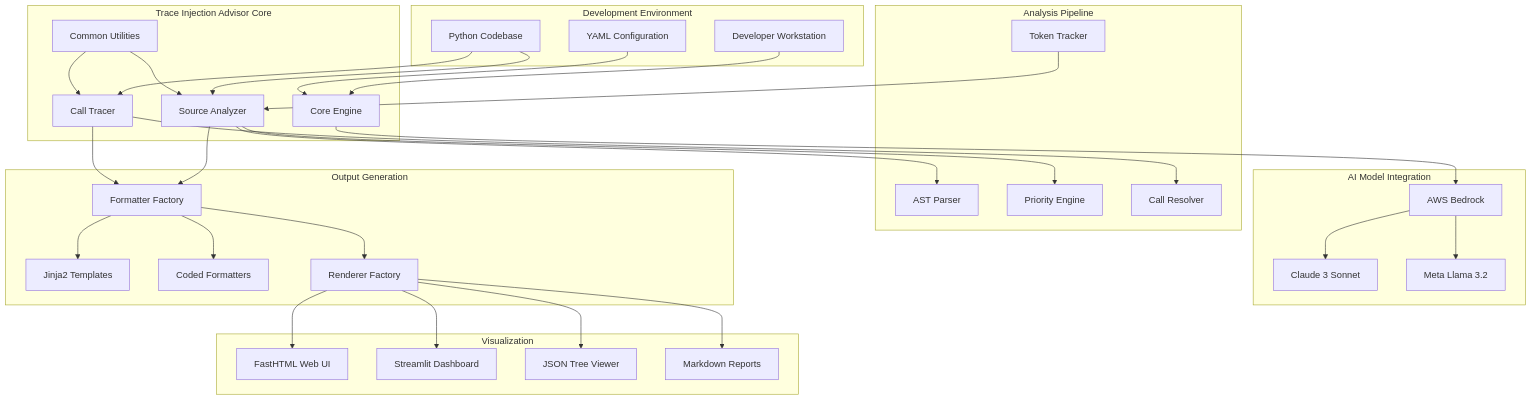
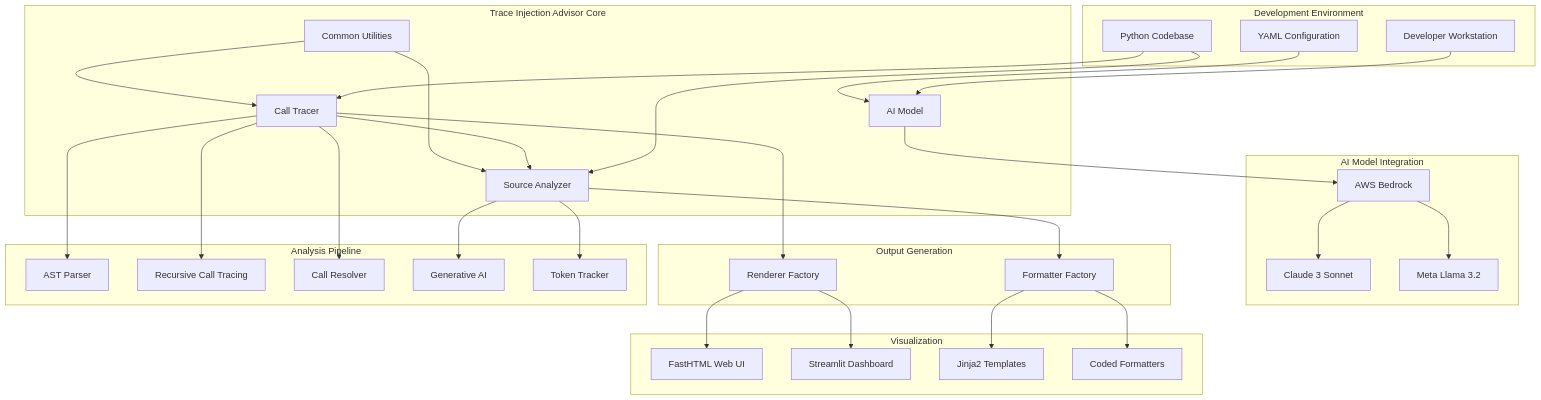
One commit to VerticalRelevance/distributed-tracing changed the first of 2 diagrams in distributed-tracing-blog-post.md. Above: the diagram before and after it, drawn with Mermaid. The commit also changed other lines of this file and 1 other file, not shown here.

Commit message:
Start to revise the mermaid diagrams in the blog post

````diff
--- a/distributed-tracing-blog-post.md
+++ b/distributed-tracing-blog-post.md
@@ -147,70 +127,67 @@
 ```mermaid
-graph TB
+flowchart TB
     subgraph "Development Environment"
         DEV[Developer Workstation]
         CODE[Python Codebase]
         CONFIG[YAML Configuration]
     end
-    
+
     subgraph "Trace Injection Advisor Core"
-        CORE[Core Engine]
+        AIMODEL[AI Model]
         SA[Source Analyzer]
         CT[Call Tracer]
         UTILS[Common Utilities]
     end
-    
+
     subgraph "AI Model Integration"
         BEDROCK[AWS Bedrock]
         CLAUDE[Claude 3 Sonnet]
         LLAMA[Meta Llama 3.2]
     end
-    
-    subgraph "Analysis Pipeline"
-        AST[AST Parser]
-        PRIORITY[Priority Engine]
-        RESOLVER[Call Resolver]
-        TRACKER[Token Tracker]
-    end
-    
+
     subgraph "Output Generation"
         FORMATTER[Formatter Factory]
-        JINJA[Jinja2 Templates]
-        CODED[Coded Formatters]
         RENDERER[Renderer Factory]
     end
-    
+
     subgraph "Visualization"
         FASTHTML[FastHTML Web UI]
         STREAMLIT[Streamlit Dashboard]
-        JSON[JSON Tree Viewer]
-        MARKDOWN[Markdown Reports]
+        JINJA[Jinja2 Templates]
+        CODED[Coded Formatters]
     end
-    
-    DEV --> CORE
+
+    subgraph "Analysis Pipeline"
+        AST[AST Parser]
+        RECURSIVE[Recursive Call Tracing]
+        RESOLVER[Call Resolver]
+        PRIORITY[Generative AI]
+        TRACKER[Token Tracker]
+    end
+
+    DEV --> AIMODEL
     CODE --> SA
     CODE --> CT
-    CONFIG --> CORE
-    
-    SA --> AST
+    CONFIG --> AIMODEL
+    CT --> SA
+    CT --> AST
+    CT --> RECURSIVE
+    CT --> RENDERER
+    RENDERER --> FASTHTML
+    RENDERER --> STREAMLIT
+
+    CT --> RESOLVER
     SA --> PRIORITY
-    CT --> RESOLVER
-    
-    CORE --> BEDROCK
+
+    AIMODEL --> BEDROCK
     BEDROCK --> CLAUDE
     BEDROCK --> LLAMA
-    
+
+    SA --> TRACKER
     SA --> FORMATTER
-    CT --> FORMATTER
     FORMATTER --> JINJA
     FORMATTER --> CODED
-    
-    FORMATTER --> RENDERER
-    RENDERER --> FASTHTML
-    RENDERER --> STREAMLIT
-    RENDERER --> JSON
-    RENDERER --> MARKDOWN
-    
+
     UTILS --> SA
     UTILS --> CT
-    TRACKER --> SA
 ```
````
